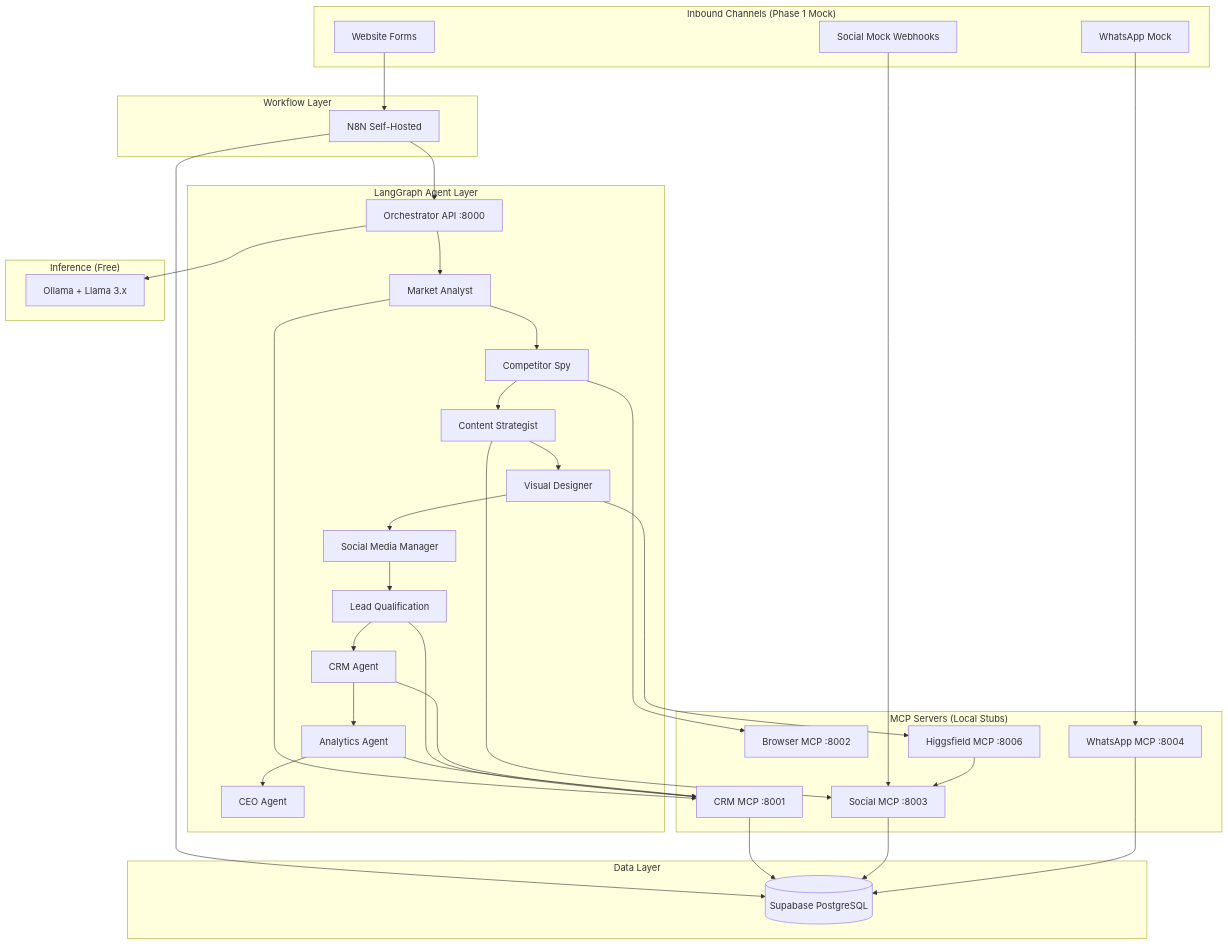
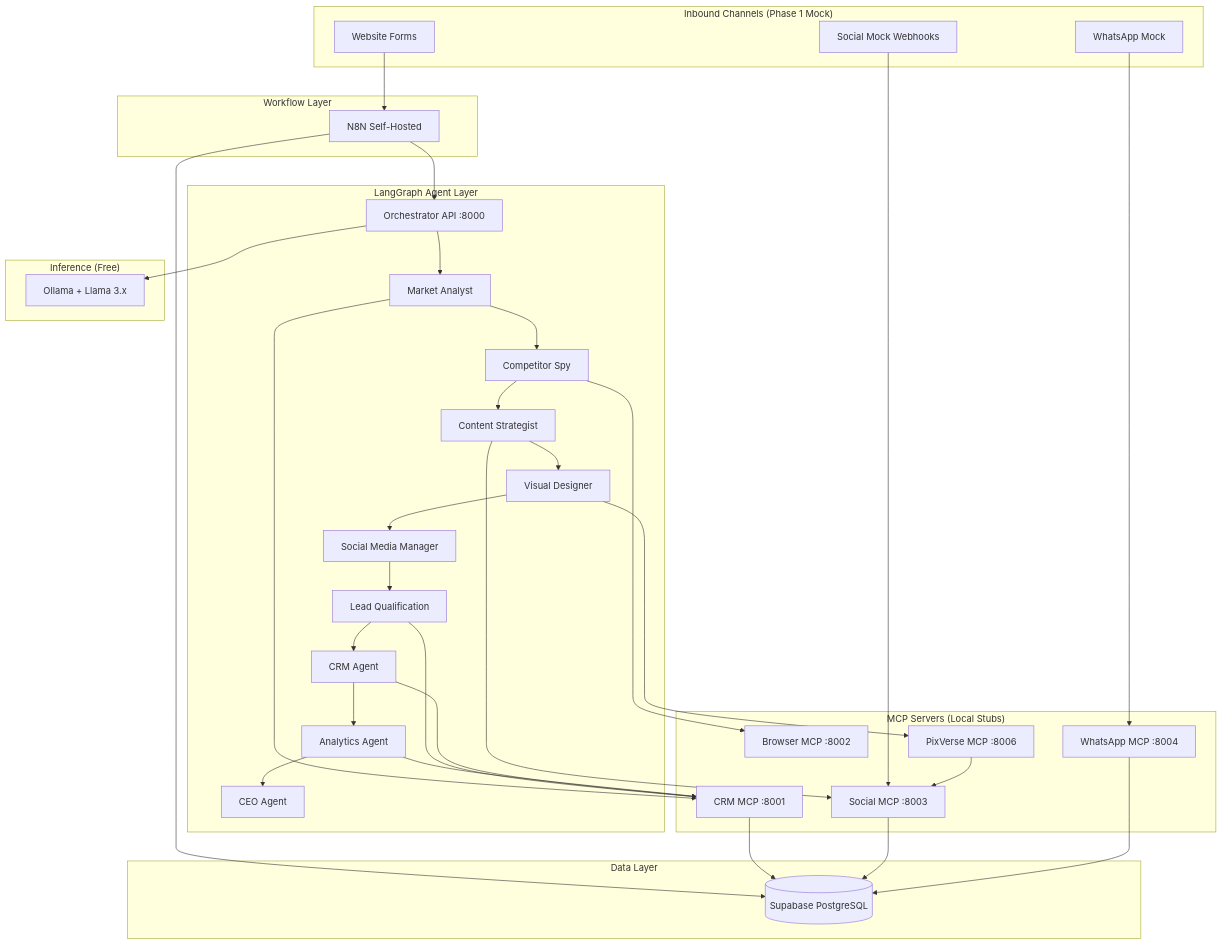
Before and after one commit to narendhrareddi-ship-it/Nivara-AREIS: the first of 2 diagrams in docs/ARCHITECTURE.md, drawn with Mermaid. The commit also changed other lines of this file and 22 other files, not shown here.

First line of the commit message:
Replace Higgsfield with PixVerse for photo-to-video generation

````diff
--- a/docs/ARCHITECTURE.md
+++ b/docs/ARCHITECTURE.md
@@ -7,64 +7,64 @@
 ```mermaid
 flowchart TB
     subgraph External["Inbound Channels (Phase 1 Mock)"]
         WEB[Website Forms]
         WA[WhatsApp Mock]
         SOC[Social Mock Webhooks]
     end
 
     subgraph Orchestration["Workflow Layer"]
         N8N[N8N Self-Hosted]
     end
 
     subgraph Agents["LangGraph Agent Layer"]
         CEO[CEO Agent]
         MA[Market Analyst]
         CS[Competitor Spy]
         CT[Content Strategist]
         VD[Visual Designer]
         SM[Social Media Manager]
         LQ[Lead Qualification]
         CRM[CRM Agent]
         AN[Analytics Agent]
         ORCH[Orchestrator API :8000]
     end
 
     subgraph MCP["MCP Servers (Local Stubs)"]
         CRM_MCP[CRM MCP :8001]
         BR_MCP[Browser MCP :8002]
         SOC_MCP[Social MCP :8003]
         WA_MCP[WhatsApp MCP :8004]
-        HF_MCP[Higgsfield MCP :8006]
+        PV_MCP[PixVerse MCP :8006]
     end
 
     subgraph Data["Data Layer"]
         SB[(Supabase PostgreSQL)]
     end
 
     subgraph LLM["Inference (Free)"]
         OLL[Ollama + Llama 3.x]
     end
 
     WEB --> N8N
     WA --> WA_MCP
     SOC --> SOC_MCP
 
     N8N --> ORCH
     N8N --> SB
 
     ORCH --> MA --> CS --> CT --> VD --> SM --> LQ --> CRM --> AN --> CEO
     ORCH --> OLL
 
     MA --> CRM_MCP
     CS --> BR_MCP
     LQ --> CRM_MCP
     CRM --> CRM_MCP
     AN --> CRM_MCP
     CT --> SOC_MCP
-    VD --> HF_MCP
-    HF_MCP --> SOC_MCP
+    VD --> PV_MCP
+    PV_MCP --> SOC_MCP
 
     CRM_MCP --> SB
     SOC_MCP --> SB
     WA_MCP --> SB
 ```
````
